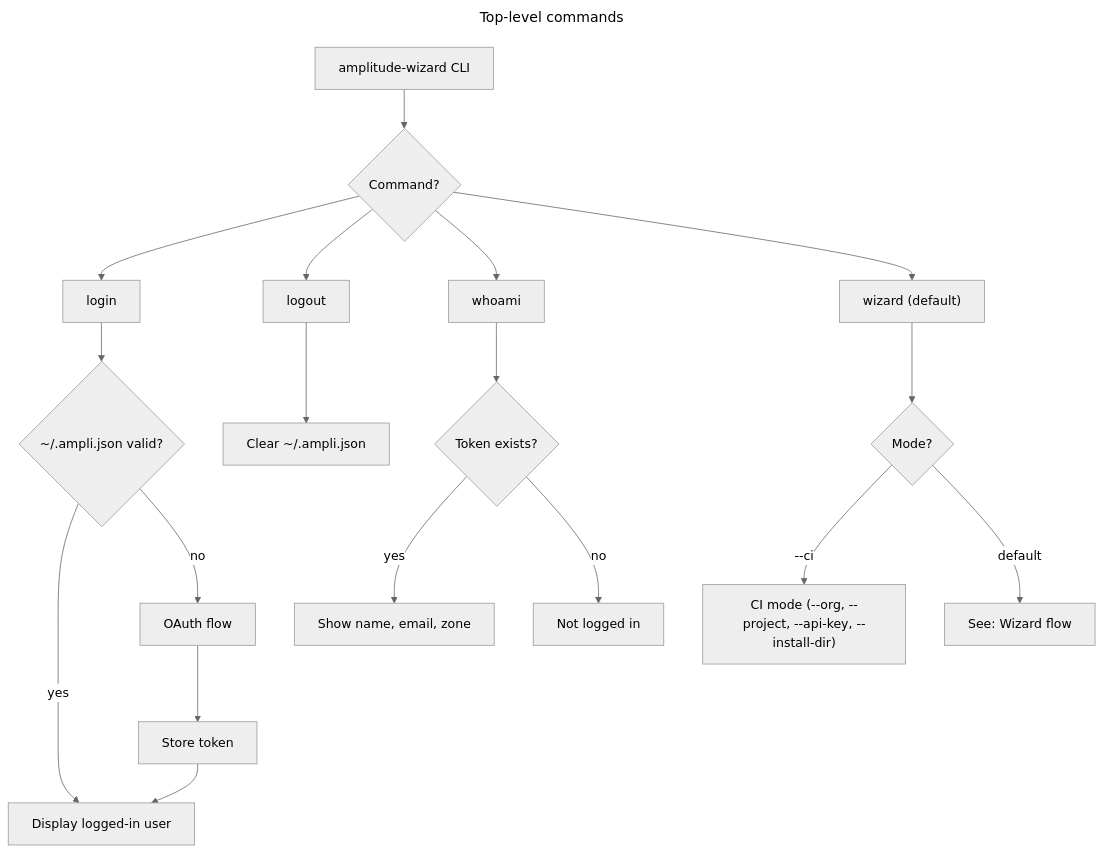
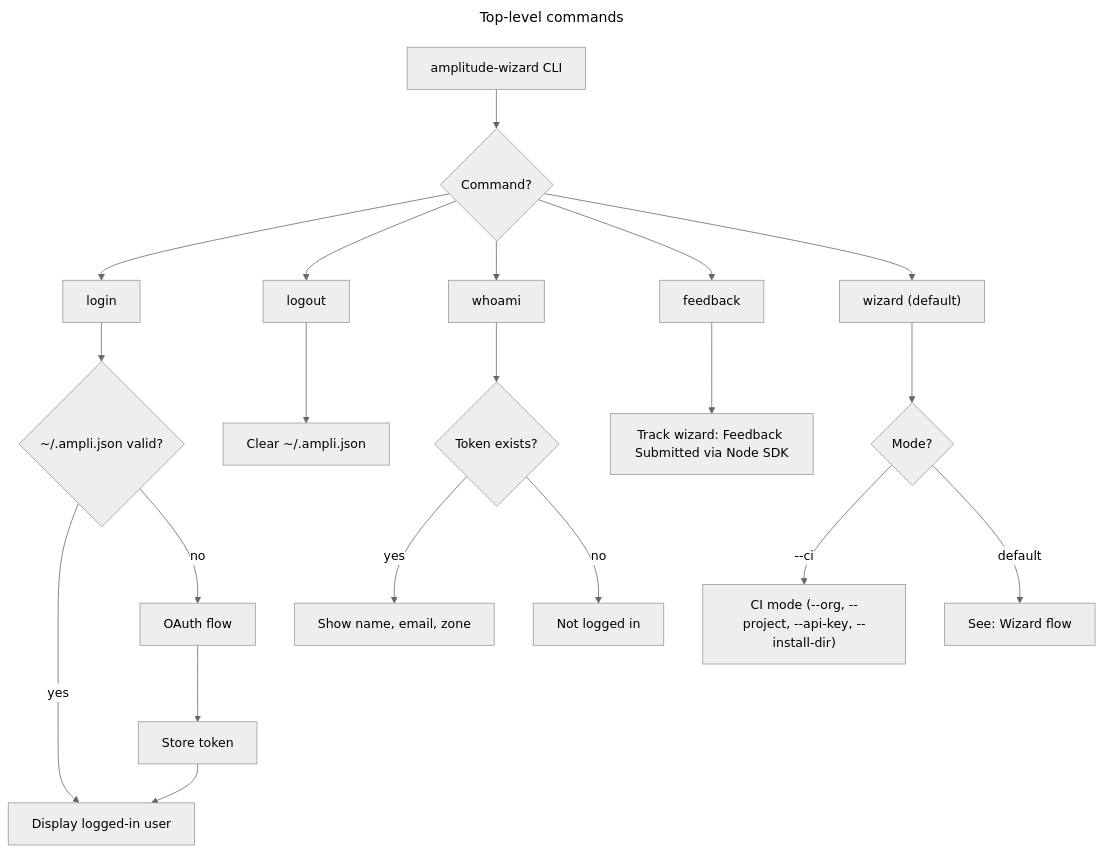
The first of 7 diagrams in docs/flows.md (amplitude/wizard), drawn with Mermaid (neutral theme) before and after one commit. The commit also changed other lines of this file and 39 other files, not shown here.

````diff
--- a/docs/flows.md
+++ b/docs/flows.md
@@ -26,26 +27,29 @@
 ```mermaid
 ---
 title: Top-level commands
 ---
 flowchart TD
     CLI["amplitude-wizard CLI"] --> CMD{Command?}
 
     CMD --> LOGIN["login"]
     CMD --> LOGOUT["logout"]
     CMD --> WHOAMI["whoami"]
+    CMD --> FEEDBACK["feedback"]
     CMD --> WIZARD["wizard (default)"]
+
+    FEEDBACK --> FEEDBACK_SEND["Track wizard: Feedback Submitted via Node SDK"]
 
     LOGIN --> LOGIN_CHECK{~/.ampli.json valid?}
     LOGIN_CHECK -->|yes| LOGIN_DONE["Display logged-in user"]
     LOGIN_CHECK -->|no| OAUTH["OAuth flow"] --> STORE["Store token"] --> LOGIN_DONE
 
     LOGOUT --> CLEAR["Clear ~/.ampli.json"]
 
     WHOAMI --> CHECK_TOKEN{Token exists?}
     CHECK_TOKEN -->|yes| SHOW_USER["Show name, email, zone"]
     CHECK_TOKEN -->|no| NOT_LOGGED_IN["Not logged in"]
 
     WIZARD --> MODE{Mode?}
     MODE -->|--ci| CI["CI mode (--org, --project, --api-key, --install-dir)"]
     MODE -->|default| W["See: Wizard flow"]
 ```
````
